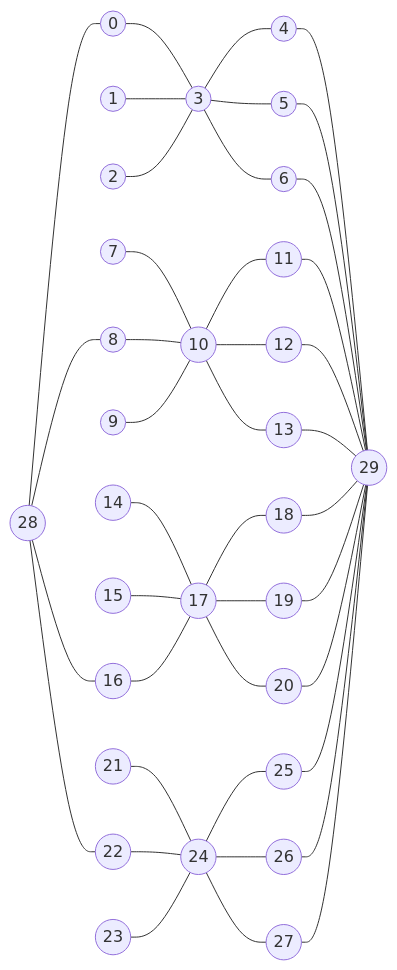
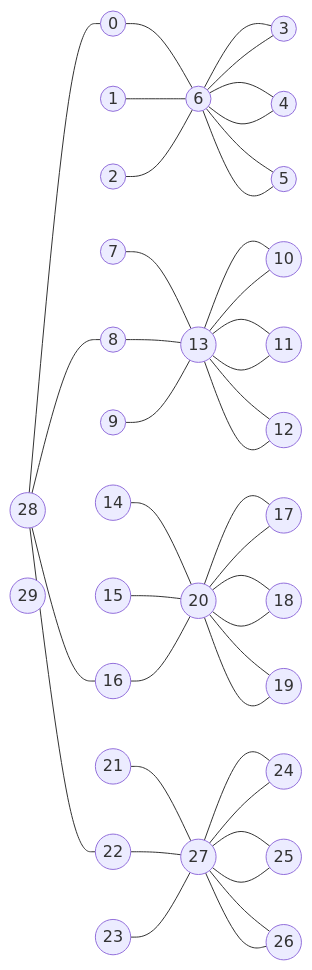
Before and after one commit to bfeitknecht/vault: the fifth of 5 diagrams in sem2/AuW/UE/cx/bf/cx12-great-harvest.md, drawn with Mermaid. The commit also changed 1 other file, not shown here.

Commit message:
backup: 2024-07-14T11:13:09+02:00 from MacBook Pro (echo)
Affected files:
.obsidian/vault-stats.json
sem2/AuW/UE/cx/bf/cx12-great-harvest.md

````diff
--- a/sem2/AuW/UE/cx/bf/cx12-great-harvest.md
+++ b/sem2/AuW/UE/cx/bf/cx12-great-harvest.md
@@ -227,52 +227,52 @@
 ```mermaid
 flowchart LR
 
 %%%%%%%%%%%%%%%%%%%%%%%%%%%%%%%%%%%%%%%%%%
 
 ids0v1((0))
 ids0v2((1))
 ids0v3((2))
-idc0((3))
-idt0v1((4))
-idt0v2((5))
-idt0v3((6))
+idt0v1((3))
+idt0v2((4))
+idt0v3((5))
+idc0((6))
 
 ids1v1((7))
 ids1v2((8))
 ids1v3((9))
-idc1((10))
-idt1v1((11))
-idt1v2((12))
-idt1v3((13))
+idt1v1((10))
+idt1v2((11))
+idt1v3((12))
+idc1((13))
 
 ids2v1((14))
 ids2v2((15))
 ids2v3((16))
-idc2((17))
-idt2v1((18))
-idt2v2((19))
-idt2v3((20))
+idt2v1((17))
+idt2v2((18))
+idt2v3((19))
+idc2((20))
 
 ids3v1((21))
 ids3v2((22))
 ids3v3((23))
-idc3((24))
-idt3v1((25))
-idt3v2((26))
-idt3v3((27))
+idt3v1((24))
+idt3v2((25))
+idt3v3((26))
+idc3((27))
 
 idS((28))
 idT((29))
 
 %%%%%%%%%%%%%%%%%%%%%%%%%%%%%%%%%%%%%%%%%%
 
 idS --- ids0v1 & ids1v2 & ids2v3 & ids3v2
 
-ids0v1 & ids0v2 & ids0v3 --- idc0 --- idt0v1 & idt0v2 & idt0v3 --- idT
-ids1v1 & ids1v2 & ids1v3 --- idc1 --- idt1v1 & idt1v2 & idt1v3 --- idT
-ids2v1 & ids2v2 & ids2v3 --- idc2 --- idt2v1 & idt2v2 & idt2v3 --- idT
-ids3v1 & ids3v2 & ids3v3 --- idc3 --- idt3v1 & idt3v2 & idt3v3 --- idT
+ids0v1 & ids0v2 & ids0v3 --- idc0 --- idt0v1 & idt0v2 & idt0v3 --- idc0
+ids1v1 & ids1v2 & ids1v3 --- idc1 --- idt1v1 & idt1v2 & idt1v3 --- idc1
+ids2v1 & ids2v2 & ids2v3 --- idc2 --- idt2v1 & idt2v2 & idt2v3 --- idc2
+ids3v1 & ids3v2 & ids3v3 --- idc3 --- idt3v1 & idt3v2 & idt3v3 --- idc3 
 
 
 %%%%%%%%%%%%%%%%%%%%%%%%%%%%%%%%%%%%%%%%%%
 ```
````
